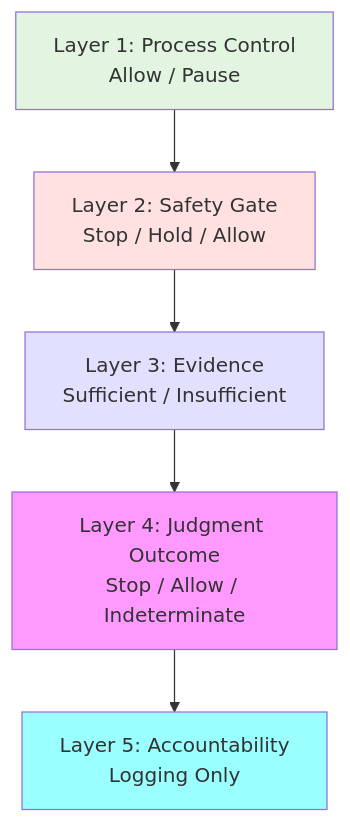
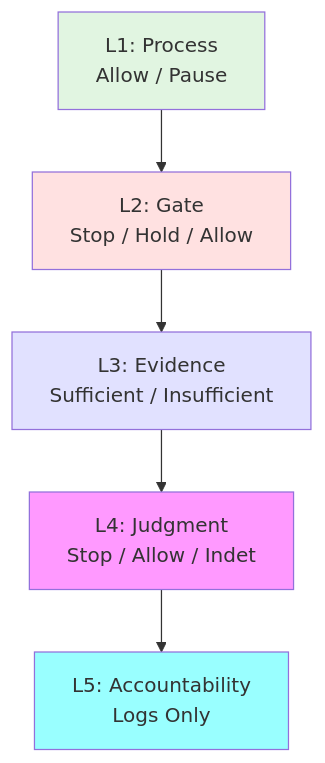
Before and after one commit to Nick-heo-eg/ajt-judgment-flow-demo: the fifth of 6 diagrams in README.md, drawn with Mermaid. The commit also changed other lines of this file, not shown here.

First line of the commit message:
fix: shorten labels to prevent text overflow in diagrams

````diff
--- a/README.md
+++ b/README.md
@@ -130,13 +130,13 @@
 ```mermaid
 graph TD
-    L1[Layer 1: Process Control<br/>Allow / Pause] --> L2[Layer 2: Safety Gate<br/>Stop / Hold / Allow]
-    L2 --> L3[Layer 3: Evidence<br/>Sufficient / Insufficient]
-    L3 --> L4[Layer 4: Judgment Outcome<br/>Stop / Allow / Indeterminate]
-    L4 --> L5[Layer 5: Accountability<br/>Logging Only]
+    L1[L1: Process<br/>Allow / Pause] --> L2[L2: Gate<br/>Stop / Hold / Allow]
+    L2 --> L3[L3: Evidence<br/>Sufficient / Insufficient]
+    L3 --> L4[L4: Judgment<br/>Stop / Allow / Indet]
+    L4 --> L5[L5: Accountability<br/>Logs Only]
 
     style L1 fill:#e1f5e1
     style L2 fill:#ffe1e1
     style L3 fill:#e1e1ff
     style L4 fill:#f9f
     style L5 fill:#9ff
 ```
````
